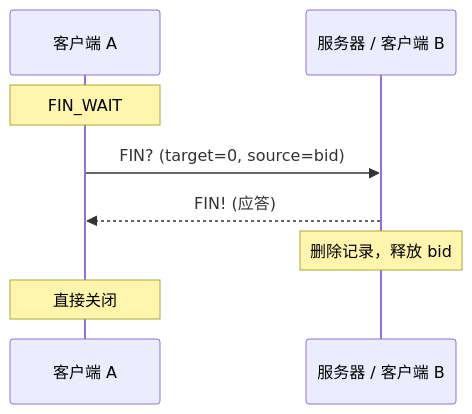
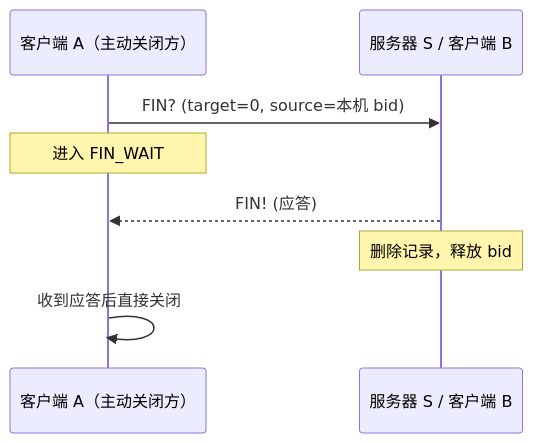
Before and after one commit to moky/magpie: the fourth of 6 diagrams in docs/design-workflow.md, drawn with Mermaid. The commit also changed other lines of this file and 7 other files, not shown here.

````diff
--- a/docs/design-workflow.md
+++ b/docs/design-workflow.md
@@ -98,10 +88,11 @@
 ```mermaid
 sequenceDiagram
-    participant A as 客户端 A
-    participant S as 服务器 / 客户端 B
-    Note over A: FIN_WAIT
-    A->>S: FIN? (target=0, source=bid)
+    participant A as 客户端 A（主动关闭方）
+    participant S as 服务器 S / 客户端 B
+
+    A->>S: FIN? (target=0, source=本机 bid)
+    Note over A: 进入 FIN_WAIT
     S-->>A: FIN! (应答)
     Note over S: 删除记录，释放 bid
-    Note over A: 直接关闭
+    A->>A: 收到应答后直接关闭
 ```
````
